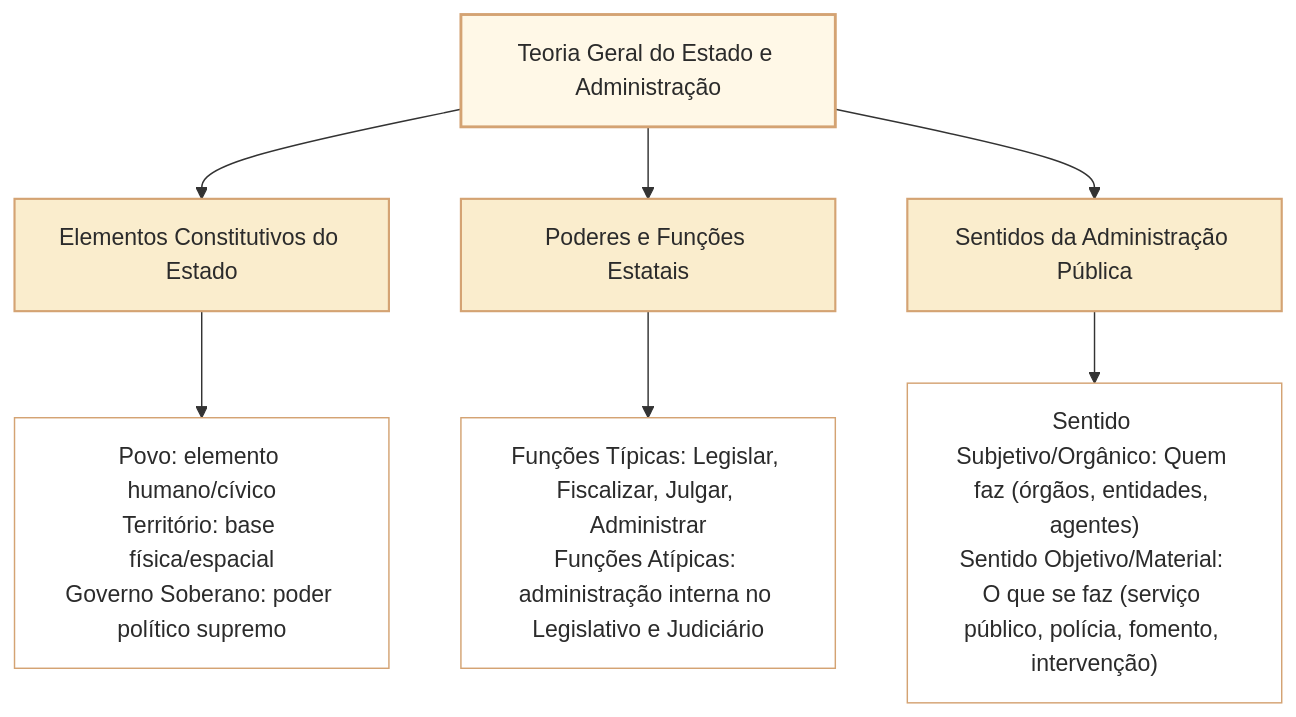
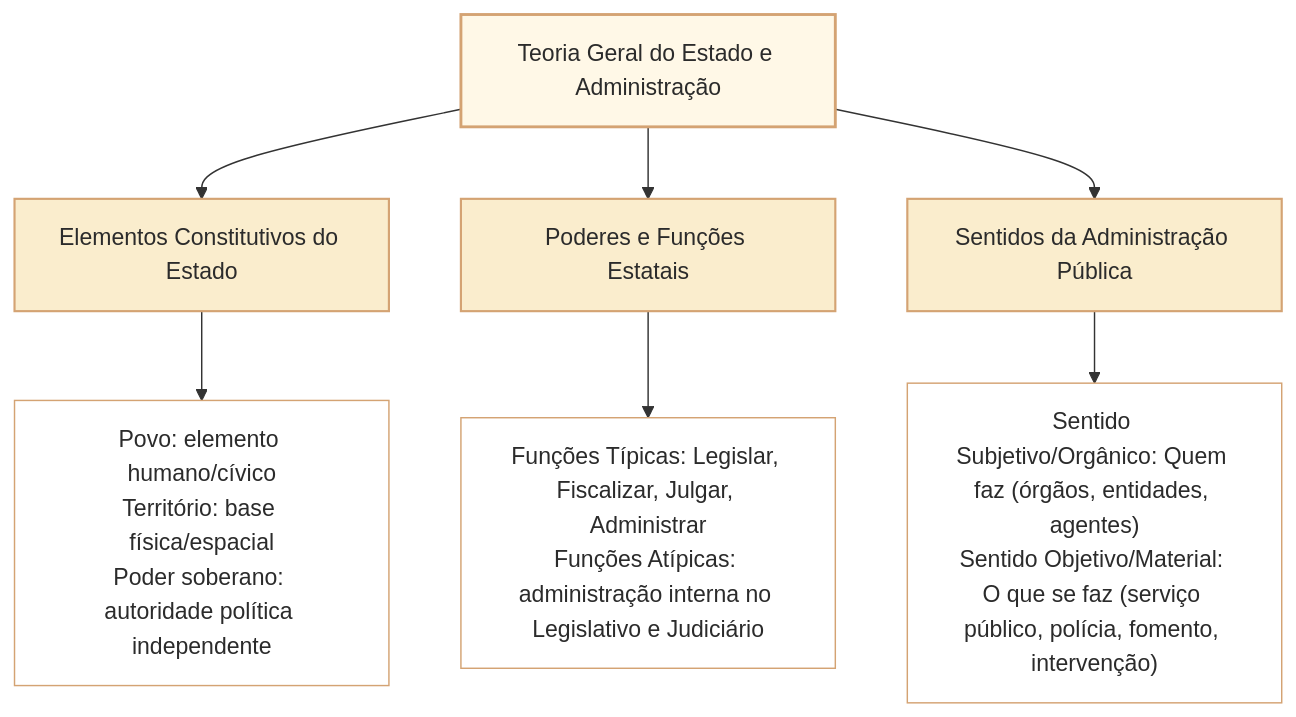
The diagram in 3 - Materias/Direito Administrativo/12 - estado governo administracao e funcao administrativa.md (leorruas/concursos), drawn with Mermaid before and after one commit. The commit also changed other lines of this file, not shown here.

````diff
--- a/3 - Materias/Direito Administrativo/12 - estado governo administracao e funcao administrativa.md
+++ b/3 - Materias/Direito Administrativo/12 - estado governo administracao e funcao administrativa.md
@@ -27,14 +27,14 @@
 ```mermaid
 graph TD
     classDef raiz fill:#fff8e7,stroke:#d4a373,stroke-width:2px,color:#2b2b2b;
     classDef criterio fill:#faedcd,stroke:#d4a373,stroke-width:1.5px,color:#2b2b2b;
     classDef opcao fill:#ffffff,stroke:#d4a373,stroke-width:1px,color:#2b2b2b;
 
     R["Teoria Geral do Estado e Administração"]:::raiz --> C1["Elementos Constitutivos do Estado"]:::criterio
     R --> C2["Poderes e Funções Estatais"]:::criterio
     R --> C3["Sentidos da Administração Pública"]:::criterio
 
-    C1 --> O1["Povo: elemento humano/cívico<br/>Território: base física/espacial<br/>Governo Soberano: poder político supremo"]:::opcao
+    C1 --> O1["Povo: elemento humano/cívico<br/>Território: base física/espacial<br/>Poder soberano: autoridade política independente"]:::opcao
     C2 --> O2["Funções Típicas: Legislar, Fiscalizar, Julgar, Administrar<br/>Funções Atípicas: administração interna no Legislativo e Judiciário"]:::opcao
     C3 --> O3["Sentido Subjetivo/Orgânico: Quem faz (órgãos, entidades, agentes)<br/>Sentido Objetivo/Material: O que se faz (serviço público, polícia, fomento, intervenção)"]:::opcao
 ```
````
